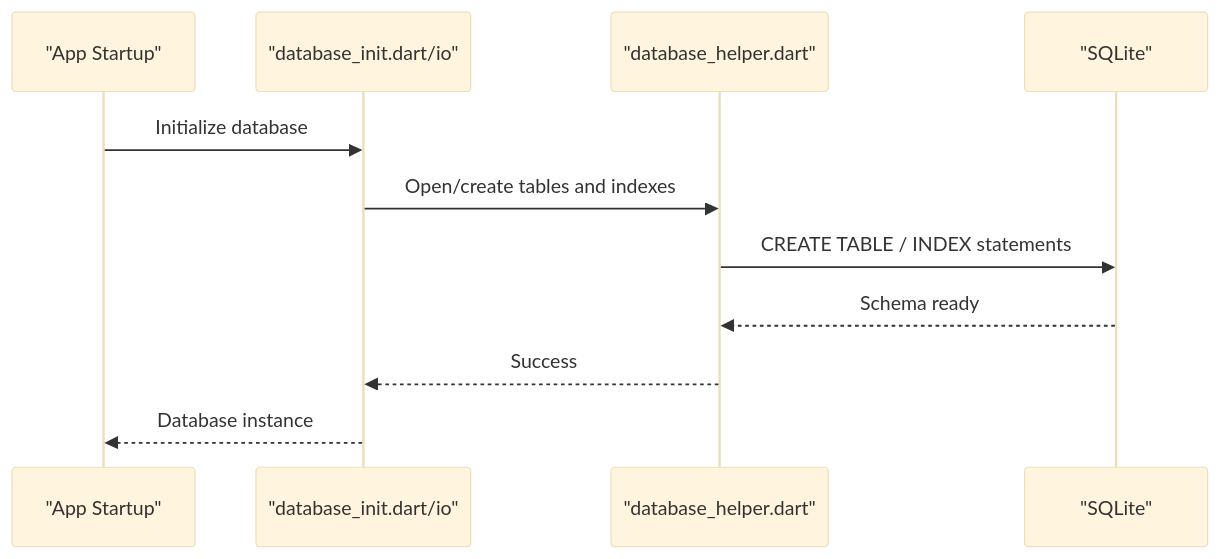
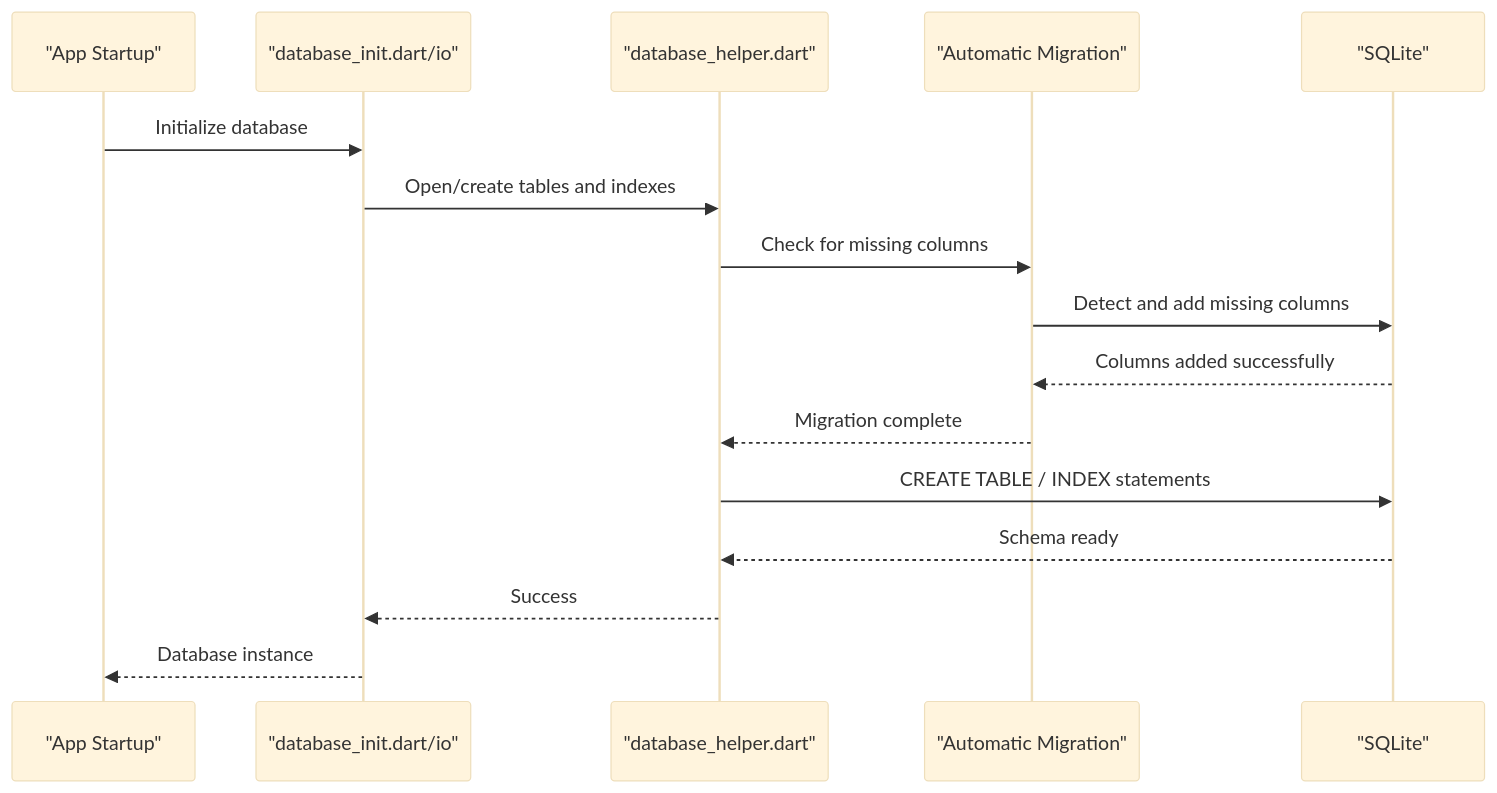
The fourth of 5 diagrams in .qoder/repowiki/en/content/Data Models and Database Schema/Data Models and Database Schema.md (favoroo/QNote), drawn with Mermaid (base theme) before and after one commit. The commit also changed other lines of this file and 68 other files, not shown here.

````diff
--- a/.qoder/repowiki/en/content/Data Models and Database Schema/Data Models and Database Schema.md
+++ b/.qoder/repowiki/en/content/Data Models and Database Schema/Data Models and Database Schema.md
@@ -438,13 +468,18 @@
 ```mermaid
 sequenceDiagram
 participant App as "App Startup"
 participant Init as "database_init.dart/io"
 participant Helper as "database_helper.dart"
+participant AutoMigrate as "Automatic Migration"
 participant DB as "SQLite"
 App->>Init : Initialize database
 Init->>Helper : Open/create tables and indexes
+Helper->>AutoMigrate : Check for missing columns
+AutoMigrate->>DB : Detect and add missing columns
+DB-->>AutoMigrate : Columns added successfully
+AutoMigrate-->>Helper : Migration complete
 Helper->>DB : CREATE TABLE / INDEX statements
 DB-->>Helper : Schema ready
 Helper-->>Init : Success
 Init-->>App : Database instance
 ```
````
